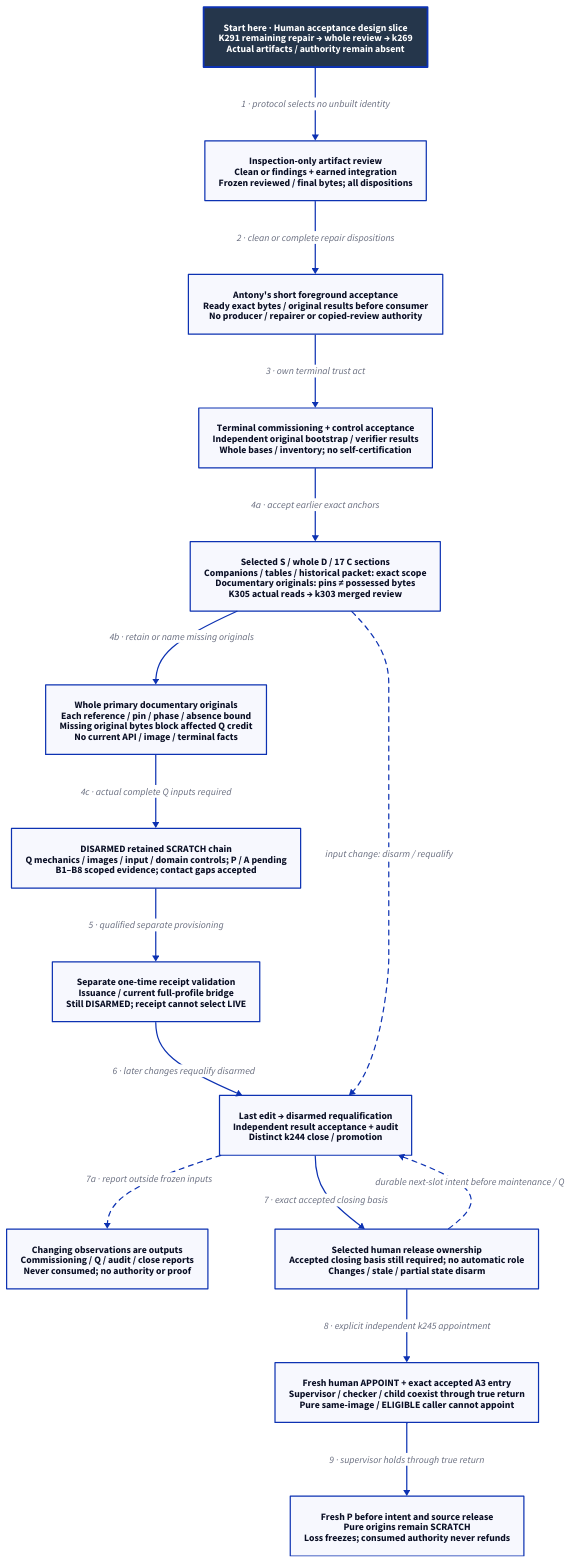
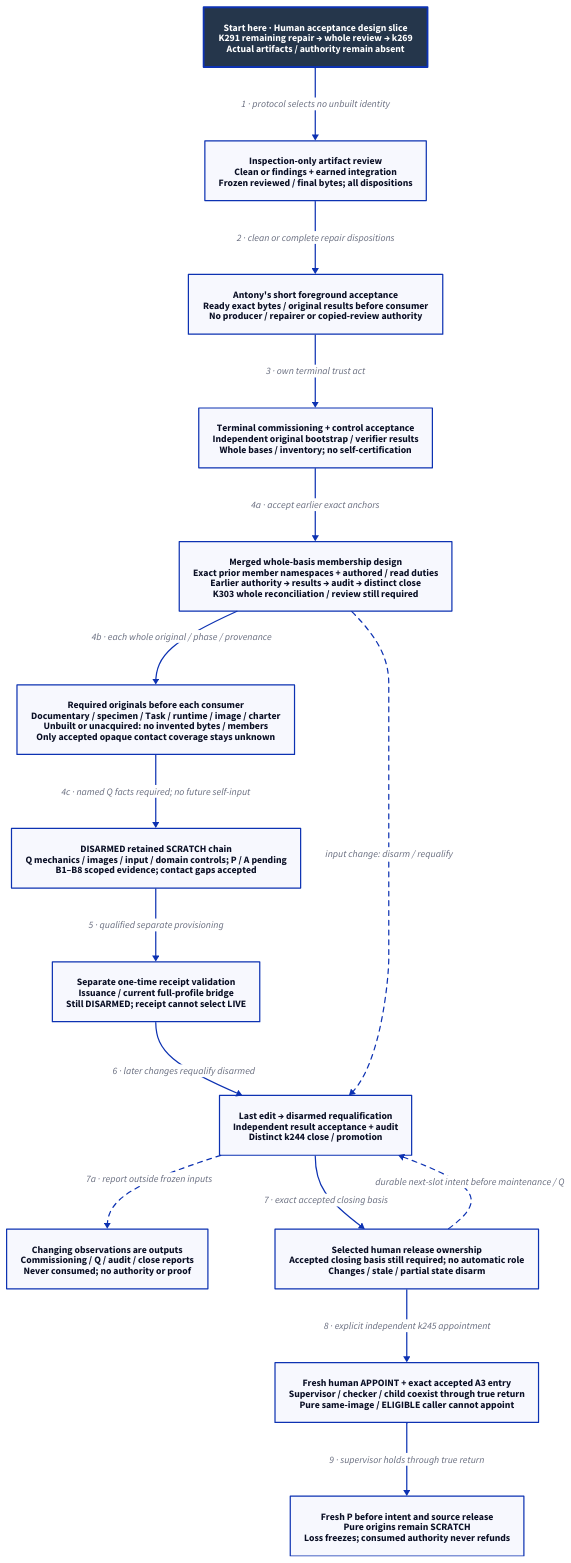
One commit to Linkuistics/Koine changed the diagram in docs/design/architecture/native-reference-proof.d2. Above: the diagram before and after it, drawn with D2. The commit also changed 9 other files, not shown here.

Commit message:
Complete reference basis and actual-read membership design (reference-evidence-actual-read-membership-k305); close reference-evidence-basis-read-membership-k302

```diff
--- a/docs/design/architecture/native-reference-proof.d2
+++ b/docs/design/architecture/native-reference-proof.d2
@@ -1,32 +1,32 @@
 # Proposed dependency flow; root, tools and controls remain unqualified.
 direction: down
 classes: {
   start: {style: {fill: "#25364B"; font-color: "#FFFFFF"; bold: true; stroke-width: 3}}
 }
 Start: "Start here · Human acceptance design slice\nK291 remaining repair → whole review → k269\nActual artifacts / authority remain absent" {class: start}
 Review: "Inspection-only artifact review\nClean or findings + earned integration\nFrozen reviewed / final bytes; all dispositions"
 Owner: "Antony's short foreground acceptance\nReady exact bytes / original results before consumer\nNo producer / repairer or copied-review authority"
 Self: "Terminal commissioning + control acceptance\nIndependent original bootstrap / verifier results\nWhole bases / inventory; no self-certification"
 Qualification: "DISARMED retained SCRATCH chain\nQ mechanics / images / input / domain controls; P / A pending\nB1–B8 scoped evidence; contact gaps accepted"
-Inputs: "Selected S / whole D / 17 C sections\nCompanions / tables / historical packet: exact scope\nDocumentary originals: pins ≠ possessed bytes\nK305 actual reads → k303 merged review"
-Bases: "Whole primary documentary originals\nEach reference / pin / phase / absence bound\nMissing original bytes block affected Q credit\nNo current API / image / terminal facts"
+Inputs: "Merged whole-basis membership design\nExact prior member namespaces + authored / read duties\nEarlier authority → results → audit → distinct close\nK303 whole reconciliation / review still required"
+Bases: "Required originals before each consumer\nDocumentary / specimen / Task / runtime / image / charter\nUnbuilt or unacquired: no invented bytes / members\nOnly accepted opaque contact coverage stays unknown"
 Report: "Changing observations are outputs\nCommissioning / Q / audit / close reports\nNever consumed; no authority or proof"
 Receipt: "Separate one-time receipt validation\nIssuance / current full-profile bridge\nStill DISARMED; receipt cannot select LIVE"
 Final: "Last edit → disarmed requalification\nIndependent result acceptance + audit\nDistinct k244 close / promotion"
 Release: "Selected human release ownership\nAccepted closing basis still required; no automatic role\nChanges / stale / partial state disarm"
 Channel: "Fresh human APPOINT + exact accepted A3 entry\nSupervisor / checker / child coexist through true return\nPure same-image / ELIGIBLE caller cannot appoint"
 Boundary: "Fresh P before intent and source release\nPure origins remain SCRATCH\nLoss freezes; consumed authority never refunds"
 Start -> Review: "1 · protocol selects no unbuilt identity"
 Review -> Owner: "2 · clean or complete repair dispositions"
 Owner -> Self: "3 · own terminal trust act"
 Self -> Inputs: "4a · accept earlier exact anchors"
-Inputs -> Bases: "4b · retain or name missing originals"
-Bases -> Qualification: "4c · actual complete Q inputs required"
+Inputs -> Bases: "4b · each whole original / phase / provenance"
+Bases -> Qualification: "4c · named Q facts required; no future self-input"
 Qualification -> Receipt: "5 · qualified separate provisioning"
 Receipt -> Final: "6 · later changes requalify disarmed"
 Final -> Release: "7 · exact accepted closing basis"
 Final -> Report: "7a · report outside frozen inputs" {style.stroke-dash: 4}
 Inputs -> Final: "input change: disarm / requalify" {style.stroke-dash: 4}
 Release -> Final: "durable next-slot intent before maintenance / Q" {style.stroke-dash: 4}
 Release -> Channel: "8 · explicit independent k245 appointment"
 Channel -> Boundary: "9 · supervisor holds through true return"
```
